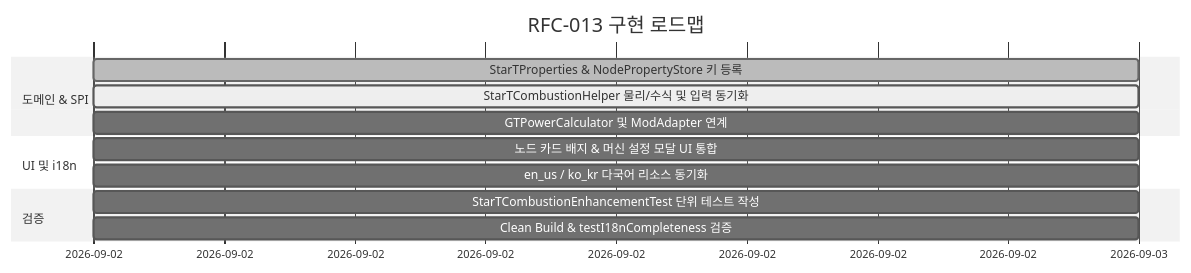
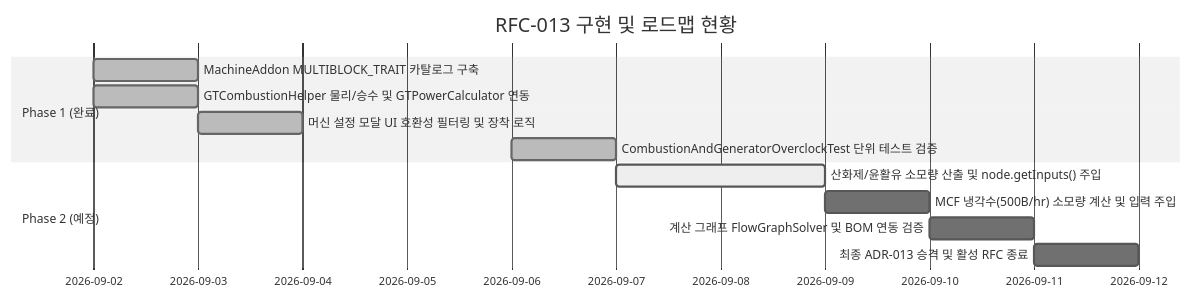
The second of 2 diagrams in docs/RFC_013_MODULAR_COMBUSTION_COMPLEX_INTEGRATION.md (Amvermain/GregTechCalculatorBoard), drawn with Mermaid (neutral theme) before and after one commit. The commit also changed other lines of this file and 155 other files, not shown here.

````diff
--- a/docs/RFC_013_MODULAR_COMBUSTION_COMPLEX_INTEGRATION.md
+++ b/docs/RFC_013_MODULAR_COMBUSTION_COMPLEX_INTEGRATION.md
@@ -196,15 +186,15 @@
 ```mermaid
 gantt
-    title RFC-013 구현 로드맵
+    title RFC-013 구현 및 로드맵 현황
     dateFormat  YYYY-MM-DD
-    section 도메인 & SPI
-    StarTProperties & NodePropertyStore 키 등록     :done, a1, 2026-09-02, 1d
-    StarTCombustionHelper 물리/수식 및 입력 동기화   :active, a2, 2026-09-02, 1d
-    GTPowerCalculator 및 ModAdapter 연계           :a3, 2026-09-02, 1d
-    section UI 및 i18n
-    노드 카드 배지 & 머신 설정 모달 UI 통합        :b1, 2026-09-02, 1d
-    en_us / ko_kr 다국어 리소스 동기화             :b2, 2026-09-02, 1d
-    section 검증
-    StarTCombustionEnhancementTest 단위 테스트 작성 :c1, 2026-09-02, 1d
-    Clean Build & testI18nCompleteness 검증       :c2, 2026-09-02, 1d
+    section Phase 1 (완료)
+    MachineAddon MULTIBLOCK_TRAIT 카탈로그 구축       :done, p1_1, 2026-09-02, 1d
+    GTCombustionHelper 물리/승수 및 GTPowerCalculator 연동 :done, p1_2, 2026-09-02, 1d
+    머신 설정 모달 UI 호환성 필터링 및 장착 로직      :done, p1_3, 2026-09-03, 1d
+    CombustionAndGeneratorOverclockTest 단위 테스트 검증 :done, p1_4, 2026-09-06, 1d
+    section Phase 2 (예정)
+    산화제/윤활유 소모량 산출 및 node.getInputs() 주입 :active, p2_1, 2026-09-07, 2d
+    MCF 냉각수(500B/hr) 소모량 계산 및 입력 주입       :p2_2, after p2_1, 1d
+    계산 그래프 FlowGraphSolver 및 BOM 연동 검증        :p2_3, after p2_2, 1d
+    최종 ADR-013 승격 및 활성 RFC 종료                :p2_4, after p2_3, 1d
 ```
````
